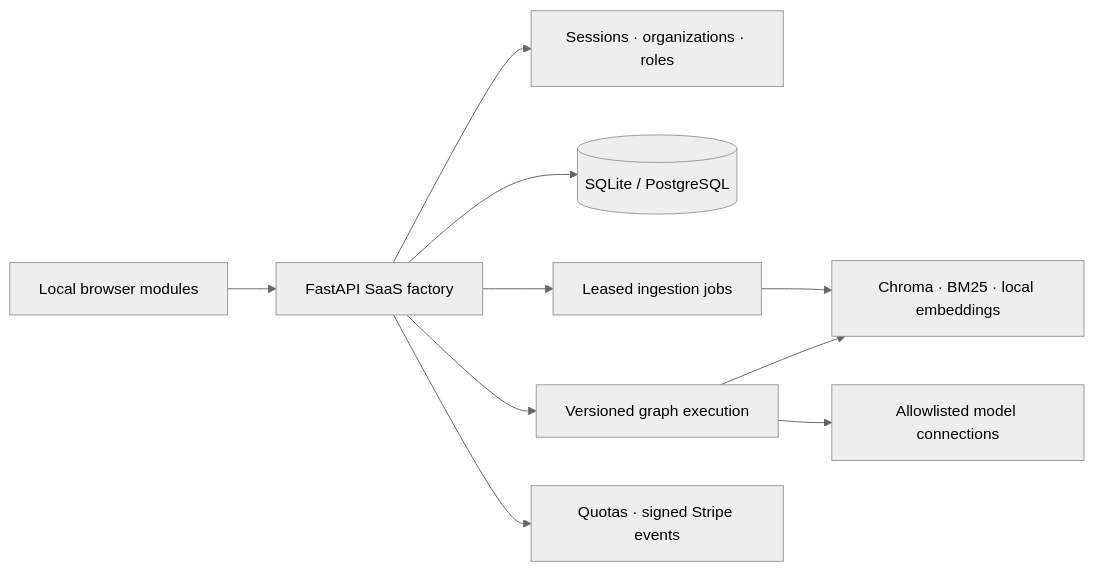
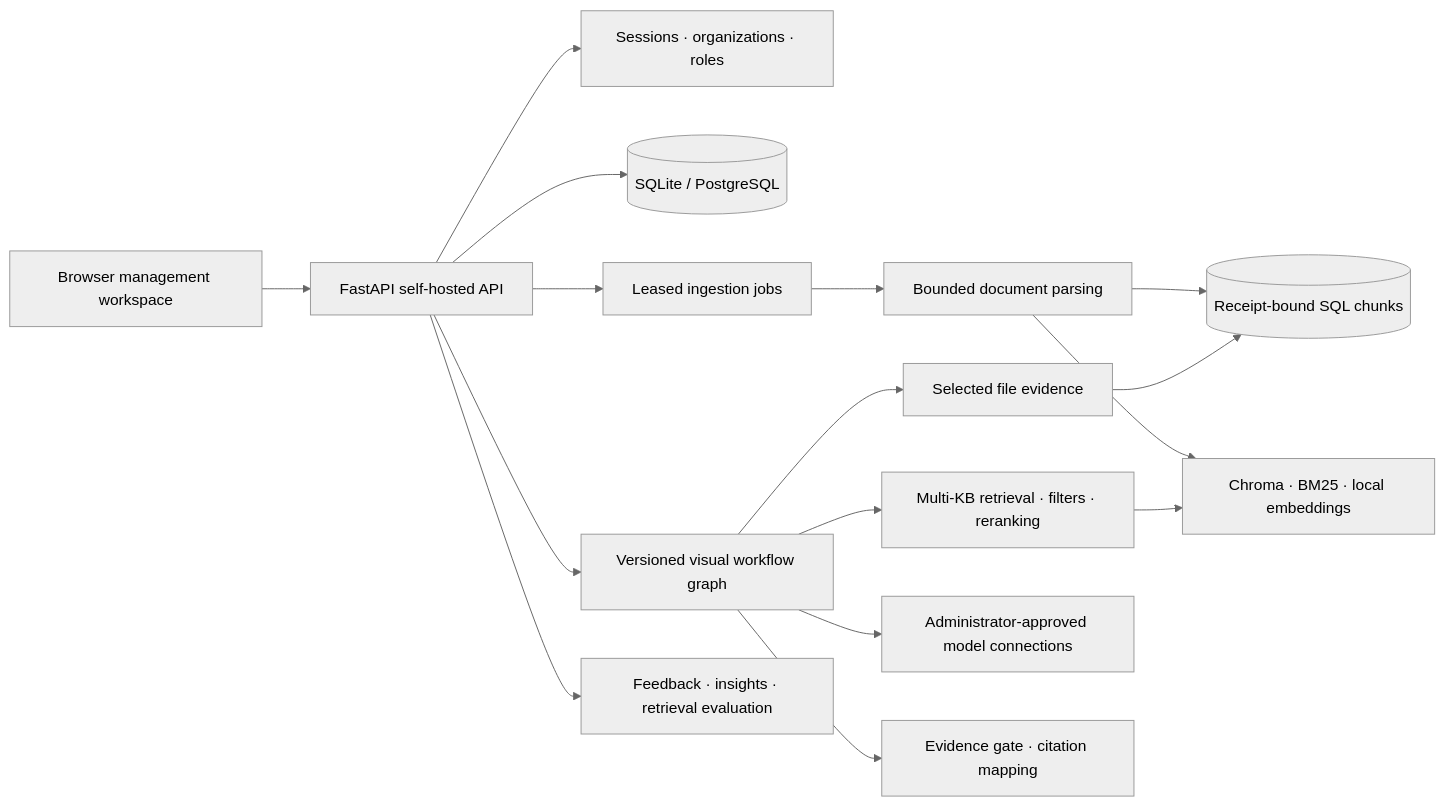
The diagram in README.md (KaiserIIII/universal-knowledge-base), drawn with Mermaid (neutral theme) before and after one commit. The commit also changed other lines of this file and 76 other files, not shown here.

````diff
--- a/README.md
+++ b/README.md
@@ -26,12 +30,18 @@
 ```mermaid
 flowchart LR
-    UI[Local browser modules] --> API[FastAPI SaaS factory]
-    API --> Identity[Sessions · organizations · roles]
+    Browser[Browser management workspace] --> API[FastAPI self-hosted API]
+    API --> Auth[Sessions · organizations · roles]
     API --> SQL[(SQLite / PostgreSQL)]
     API --> Jobs[Leased ingestion jobs]
-    Jobs --> Index[Chroma · BM25 · local embeddings]
-    API --> Graph[Versioned graph execution]
-    Graph --> Index
-    Graph --> Models[Allowlisted model connections]
-    API --> Billing[Quotas · signed Stripe events]
+    Jobs --> Parse[Bounded document parsing]
+    Parse --> Chunks[(Receipt-bound SQL chunks)]
+    Parse --> Index[Chroma · BM25 · local embeddings]
+    API --> Graph[Versioned visual workflow graph]
+    Graph --> Files[Selected file evidence]
+    Files --> Chunks
+    Graph --> Retrieve[Multi-KB retrieval · filters · reranking]
+    Retrieve --> Index
+    Graph --> Models[Administrator-approved model connections]
+    Graph --> Evidence[Evidence gate · citation mapping]
+    API --> Ops[Feedback · insights · retrieval evaluation]
 ```
````
